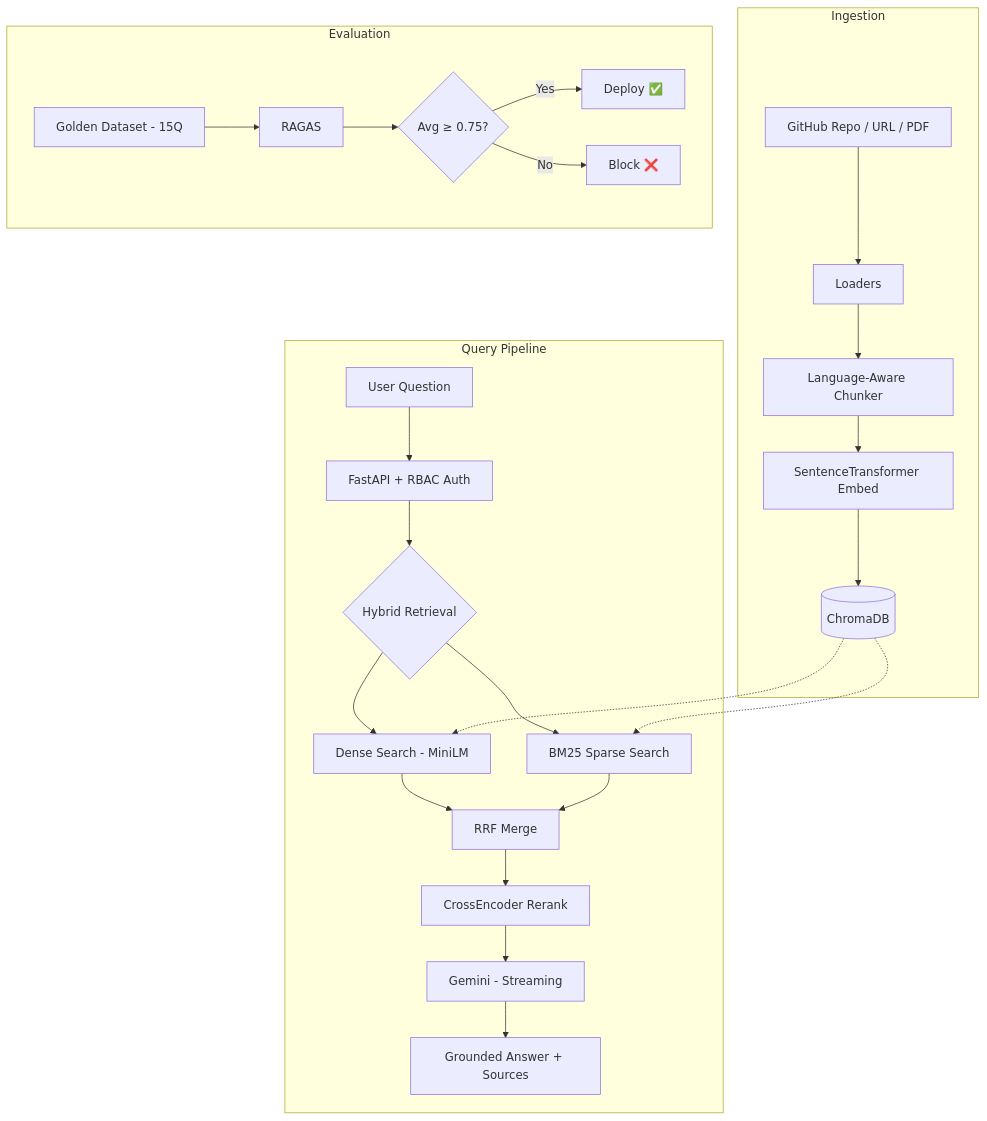
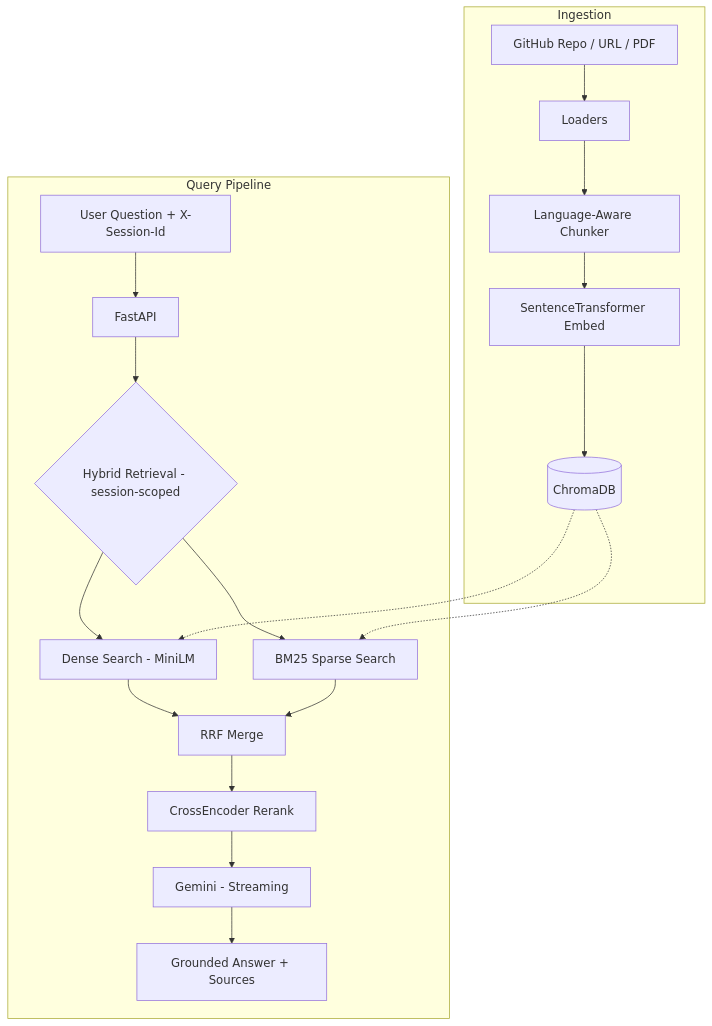
The diagram in README.md (23f3001800/DevDocs-AI), drawn with Mermaid before and after one commit. The commit also changed other lines of this file and 32 other files, not shown here.

````diff
--- a/README.md
+++ b/README.md
@@ -41,31 +53,24 @@
 ```mermaid
 graph TB
     subgraph Ingestion
         A[GitHub Repo / URL / PDF] --> B[Loaders]
         B --> C[Language-Aware Chunker]
         C --> D[SentenceTransformer Embed]
         D --> E[(ChromaDB)]
     end
 
     subgraph Query Pipeline
-        F[User Question] --> G[FastAPI + RBAC Auth]
-        G --> H{Hybrid Retrieval}
+        F[User Question + X-Session-Id] --> G[FastAPI]
+        G --> H{Hybrid Retrieval - session-scoped}
         H --> I[Dense Search - MiniLM]
         H --> J[BM25 Sparse Search]
         I --> K[RRF Merge]
         J --> K
         K --> L[CrossEncoder Rerank]
         L --> M[Gemini - Streaming]
         M --> N[Grounded Answer + Sources]
     end
 
-    subgraph Evaluation
-        O[Golden Dataset - 15Q] --> P[RAGAS]
-        P --> Q{Avg ≥ 0.75?}
-        Q -->|Yes| R[Deploy ✅]
-        Q -->|No| S[Block ❌]
-    end
-
     E -.-> I
     E -.-> J
 ```
````
